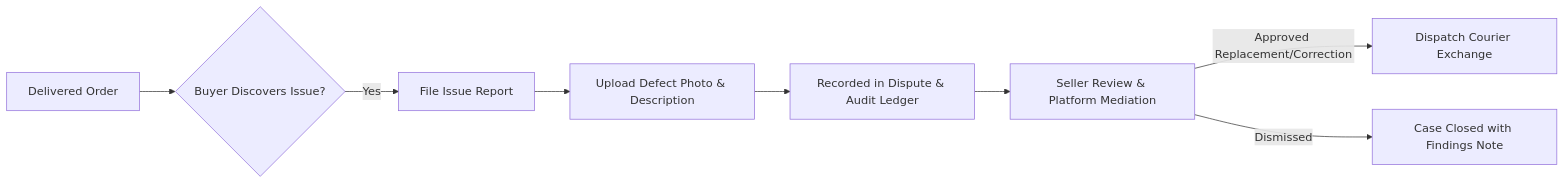
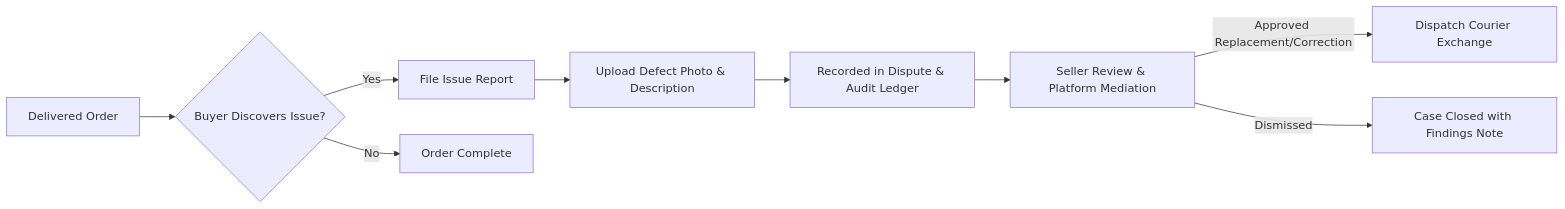
The third of 3 diagrams in docs/PROJECT_PLAN.md (Auvryy/BagooPH), drawn with Mermaid before and after one commit. The commit also changed other lines of this file and 11 other files, not shown here.

````diff
--- a/docs/PROJECT_PLAN.md
+++ b/docs/PROJECT_PLAN.md
@@ -92,10 +92,11 @@
 ```mermaid
 graph LR
     A[Delivered Order] --> B{Buyer Discovers Issue?}
     B -->|Yes| C[File Issue Report]
+    B -->|No| G[Order Complete]
     C --> D[Upload Defect Photo & Description]
     D --> E[Recorded in Dispute & Audit Ledger]
     E --> F[Seller Review & Platform Mediation]
-    F -->|Approved Replacement/Correction| G[Dispatch Courier Exchange]
+    F -->|Approved Replacement/Correction| I[Dispatch Courier Exchange]
     F -->|Dismissed| H[Case Closed with Findings Note]
 ```
````
